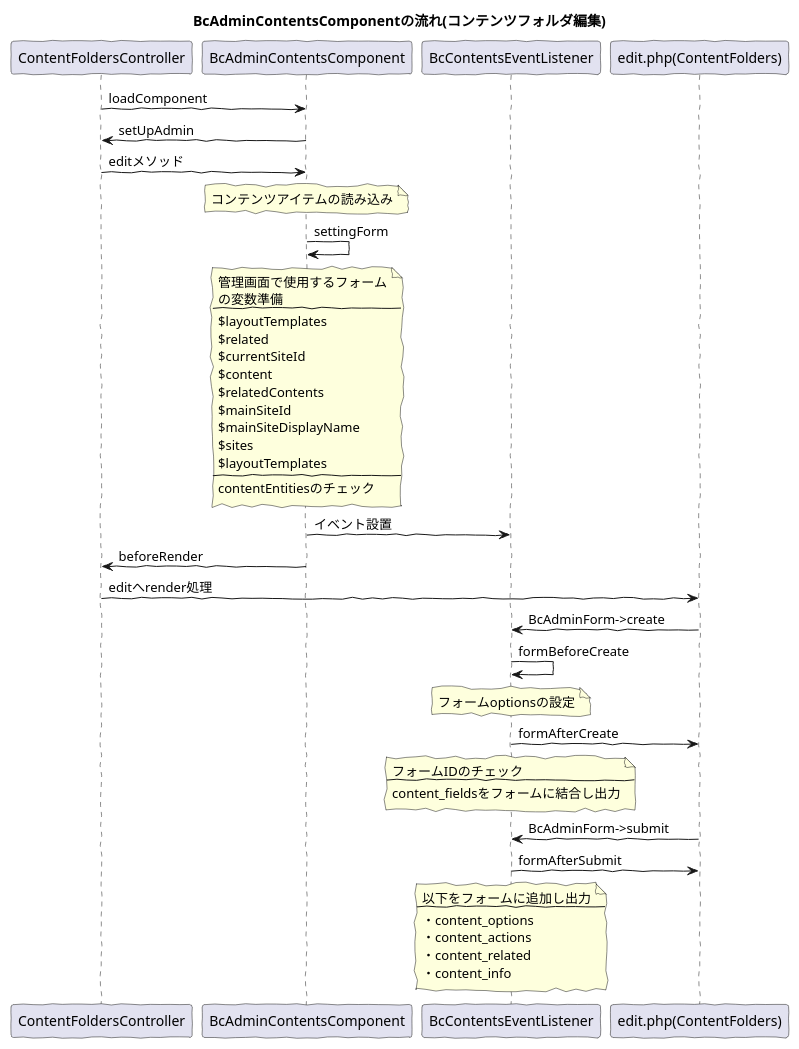
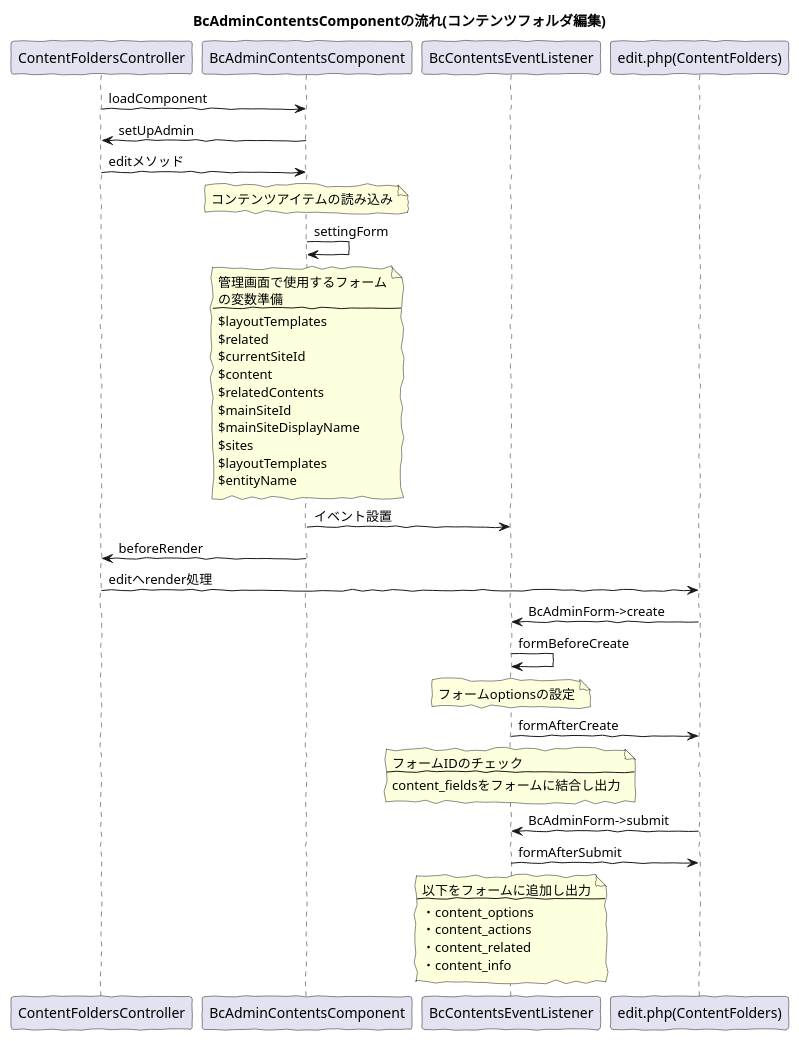
The diagram in src/puml/5/ucmitz/svg/sequence/bc_admin_contents_component.puml (baserproject/baserproject.github.io), drawn with PlantUML before and after one commit. The commit also changed 1 other file, not shown here.

```diff
--- a/src/puml/5/ucmitz/svg/sequence/bc_admin_contents_component.puml
+++ b/src/puml/5/ucmitz/svg/sequence/bc_admin_contents_component.puml
@@ -1,73 +1,72 @@
 @startuml bc_admin_contents_component
 
 skinparam handwritten true
 skinparam backgroundColor white
 
 title BcAdminContentsComponentの流れ(コンテンツフォルダ編集)
 
 participant "ContentFoldersController" as Controller
 participant "BcAdminContentsComponent" as Component
 participant "BcContentsEventListener" as EventListener
 participant "edit.php(ContentFolders)" as template
 
 Controller -> Component : loadComponent
 
 Component -> Controller : setUpAdmin
 
 Controller -> Component : editメソッド
 
 
 note over Component
 コンテンツアイテムの読み込み
 endnote
 
 Component -> Component : settingForm
 note over Component
 管理画面で使用するフォーム
 の変数準備
 ---
 $layoutTemplates
 $related
 $currentSiteId
 $content
 $relatedContents
 $mainSiteId
 $mainSiteDisplayName
 $sites
 $layoutTemplates
----
-contentEntitiesのチェック
+$entityName
 endnote
 
 Component -> EventListener  : イベント設置
 
 Controller <- Component : beforeRender
 
 Controller -> template : editへrender処理
 
 EventListener <- template : BcAdminForm->create
 
 EventListener -> EventListener : formBeforeCreate
 note over EventListener
 フォームoptionsの設定
 endnote
 EventListener -> template : formAfterCreate
 
 note over EventListener
 フォームIDのチェック
 ---
 content_fieldsをフォームに結合し出力
 endnote
 
 EventListener <- template : BcAdminForm->submit
 
 EventListener -> template : formAfterSubmit
 note over EventListener
 以下をフォームに追加し出力
 ---
 ・content_options
 ・content_actions
 ・content_related
 ・content_info
 endnote
 @enduml
```
